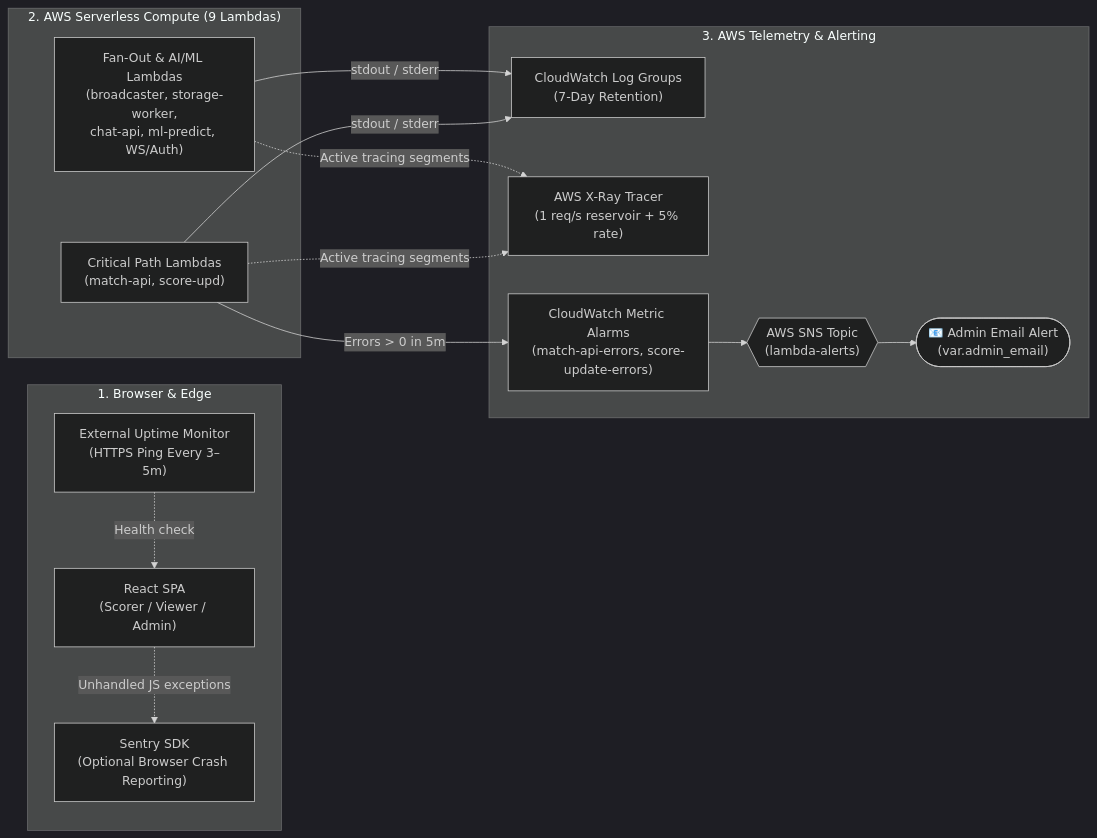
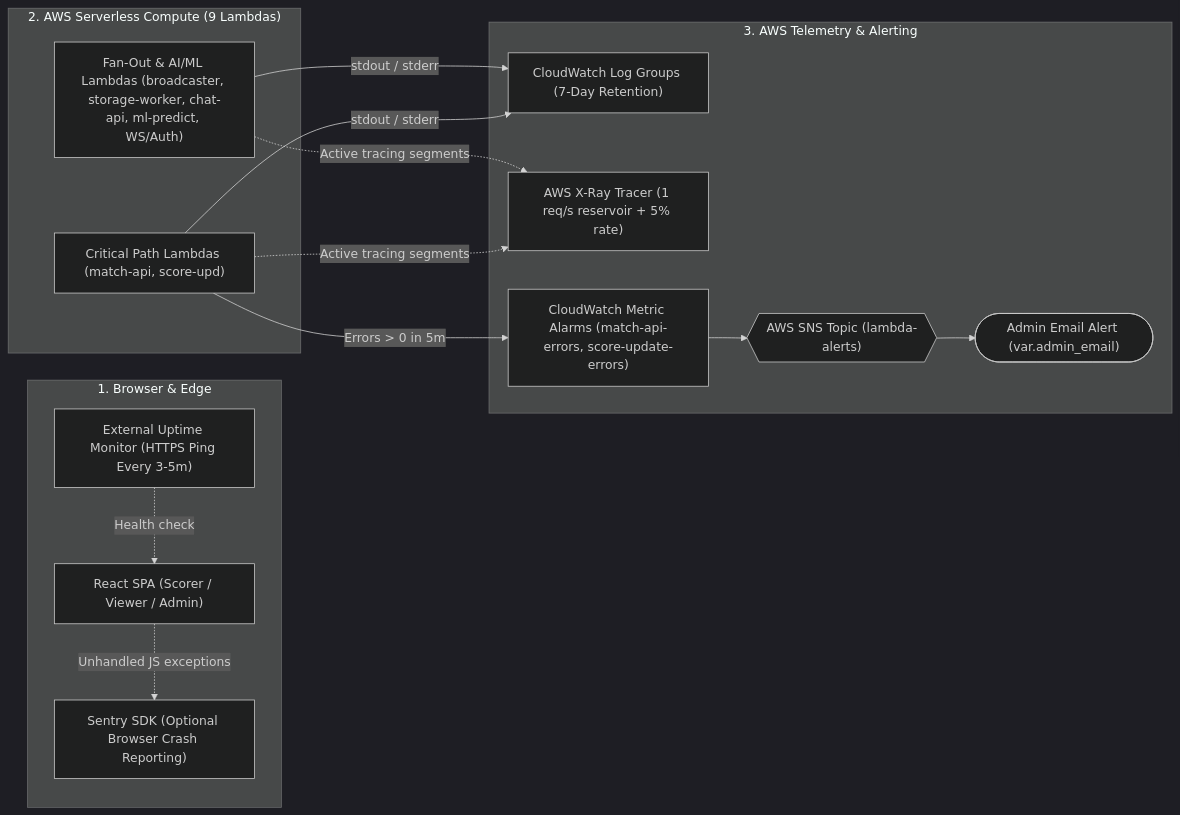
One commit to venkatesh-singamsetty/cricscore changed the diagram in docs/observability.md. Above: the diagram before and after it, drawn with Mermaid (dark theme). The commit also changed 80 other files, not shown here.

````diff
--- a/docs/observability.md
+++ b/docs/observability.md
@@ -9,29 +9,29 @@
 ```mermaid
 flowchart LR
     subgraph ClientAndEdge ["1. Browser & Edge"]
-        SPA["React SPA\n(Scorer / Viewer / Admin)"]
-        Sentry["Sentry SDK\n(Optional Browser Crash Reporting)"]
-        Uptime["External Uptime Monitor\n(HTTPS Ping Every 3–5m)"]
+        SPA["React SPA (Scorer / Viewer / Admin)"]
+        Sentry["Sentry SDK (Optional Browser Crash Reporting)"]
+        Uptime["External Uptime Monitor (HTTPS Ping Every 3-5m)"]
     end
 
     subgraph Serverless ["2. AWS Serverless Compute (9 Lambdas)"]
-        Critical["Critical Path Lambdas\n(match-api, score-upd)"]
-        Workers["Fan-Out & AI/ML Lambdas\n(broadcaster, storage-worker,\nchat-api, ml-predict, WS/Auth)"]
+        Critical["Critical Path Lambdas (match-api, score-upd)"]
+        Workers["Fan-Out & AI/ML Lambdas (broadcaster, storage-worker, chat-api, ml-predict, WS/Auth)"]
     end
 
     subgraph AWSObservability ["3. AWS Telemetry & Alerting"]
-        CWLogs["CloudWatch Log Groups\n(7-Day Retention)"]
-        XRay["AWS X-Ray Tracer\n(1 req/s reservoir + 5% rate)"]
-        Alarms["CloudWatch Metric Alarms\n(match-api-errors, score-update-errors)"]
-        SNSAlert{{"AWS SNS Topic\n(lambda-alerts)"}}
-        Email(["📧 Admin Email Alert\n(var.admin_email)"])
+        CWLogs["CloudWatch Log Groups (7-Day Retention)"]
+        XRay["AWS X-Ray Tracer (1 req/s reservoir + 5% rate)"]
+        Alarms["CloudWatch Metric Alarms (match-api-errors, score-update-errors)"]
+        SNSAlert{{"AWS SNS Topic (lambda-alerts)"}}
+        Email(["Admin Email Alert (var.admin_email)"])
     end
 
     SPA -.->|"Unhandled JS exceptions"| Sentry
     Uptime -.->|"Health check"| SPA
 
     Critical & Workers -->|"stdout / stderr"| CWLogs
     Critical & Workers -.->|"Active tracing segments"| XRay
     Critical -->|"Errors > 0 in 5m"| Alarms
     Alarms --> SNSAlert --> Email
 ```
````
